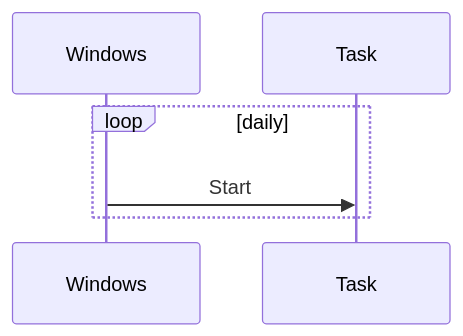
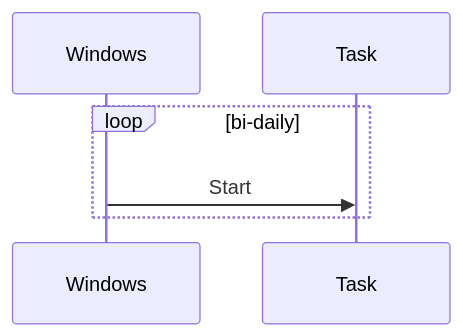
One commit to chris234567/Dell-Night-Light changed the fifth of 5 diagrams in README.md. Above: the diagram before and after it, drawn with Mermaid. The commit also changed other lines of this file and 9 other files, not shown here.

````diff
--- a/README.md
+++ b/README.md
@@ -178,6 +209,6 @@
 ```mermaid
     sequenceDiagram
-        loop daily
+        loop bi-daily
             Windows ->> Task: Start
         end 
 ```
````
